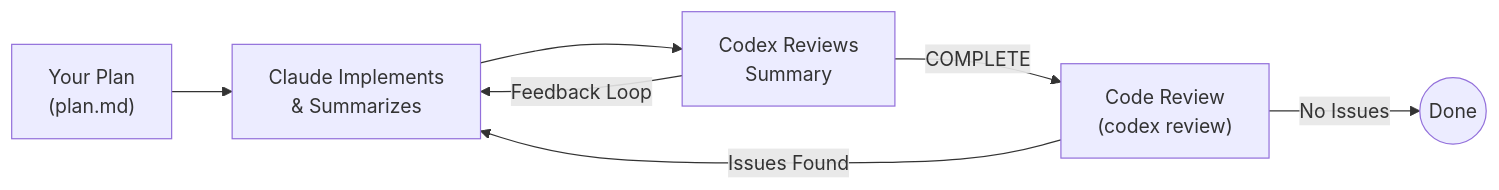
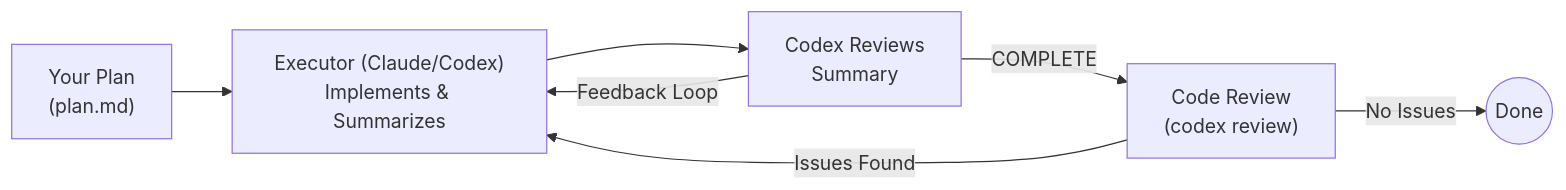
One commit to ZenusZhang/humanize changed the diagram in README.md. Above: the diagram before and after it, drawn with Mermaid. The commit also changed other lines of this file and 6 other files, not shown here.

Commit message:
Add plan-type routing for Claude vs Codex execution

````diff
--- a/README.md
+++ b/README.md
@@ -100,9 +100,9 @@
 ```mermaid
 flowchart LR
-    Plan["Your Plan<br/>(plan.md)"] --> Claude["Claude Implements<br/>& Summarizes"]
+    Plan["Your Plan<br/>(plan.md)"] --> Claude["Executor (Claude/Codex)<br/>Implements & Summarizes"]
     Claude --> Codex["Codex Reviews<br/>Summary"]
     Codex -->|Feedback Loop| Claude
     Codex -->|COMPLETE| Review["Code Review<br/>(codex review)"]
     Review -->|Issues Found| Claude
     Review -->|No Issues| Done((Done))
 ```
````
